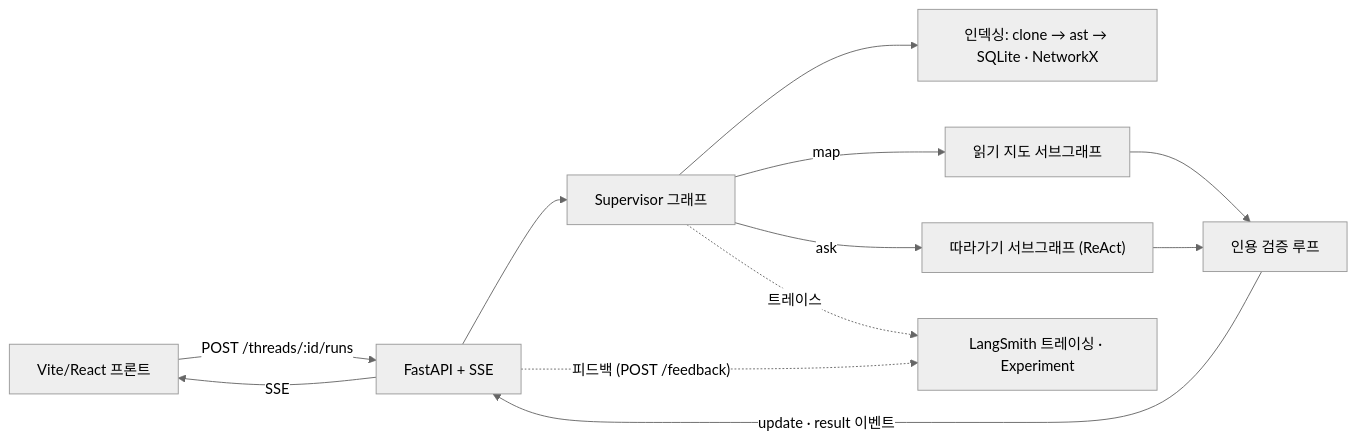
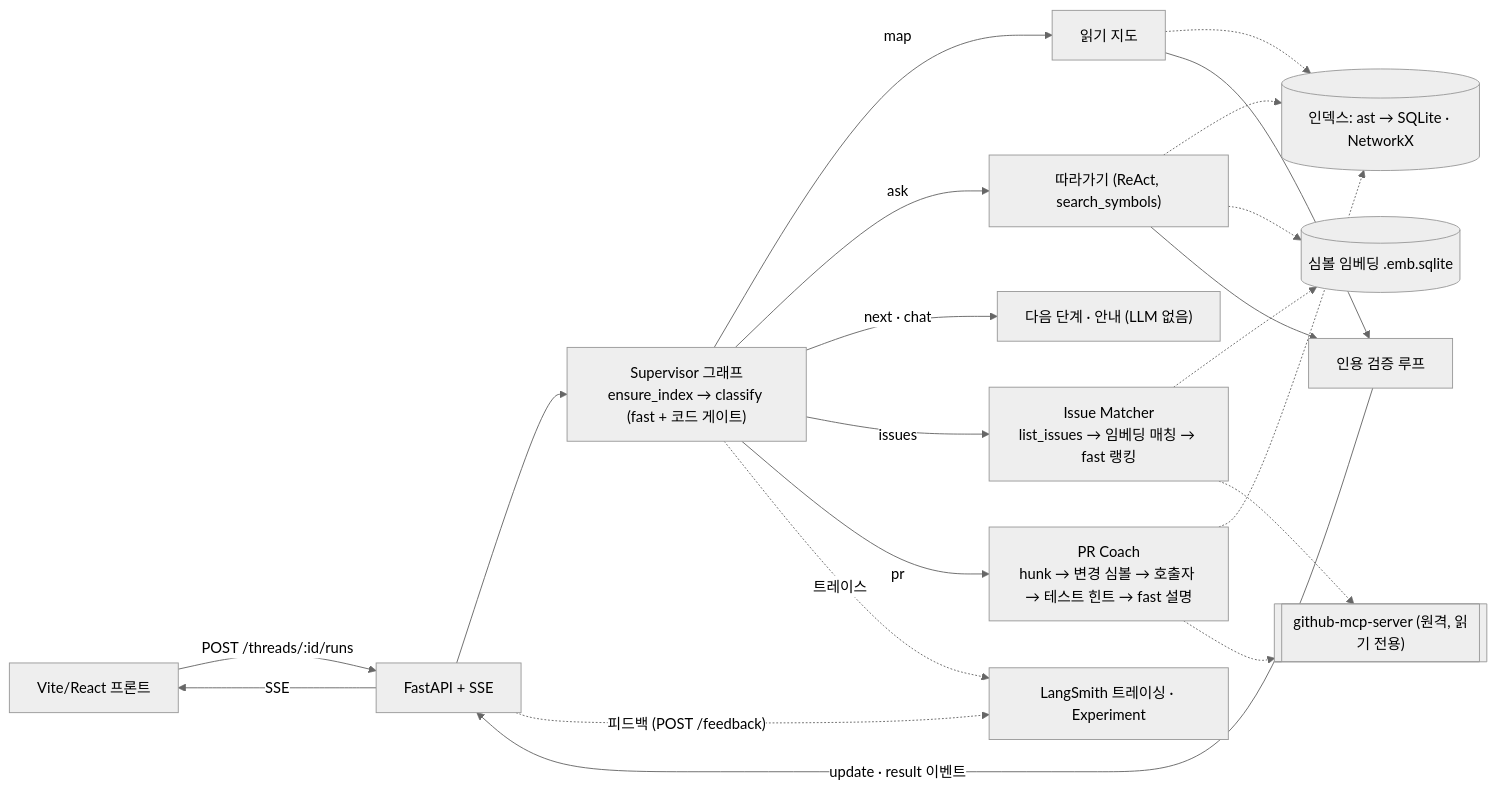
One commit to sonseohy/Repoute changed the diagram in README.md. Above: the diagram before and after it, drawn with Mermaid (neutral theme). The commit also changed other lines of this file and 2 other files, not shown here.

````diff
--- a/README.md
+++ b/README.md
@@ -35,14 +51,26 @@
 ```mermaid
 flowchart LR
   FE["Vite/React 프론트"] -->|"POST /threads/:id/runs"| API["FastAPI + SSE"]
-  API --> SUP["Supervisor 그래프"]
-  SUP --> IDX["인덱싱: clone → ast → SQLite · NetworkX"]
-  SUP -->|map| RG["읽기 지도 서브그래프"]
-  SUP -->|ask| WT["따라가기 서브그래프 (ReAct)"]
+  API --> SUP["Supervisor 그래프<br/>ensure_index → classify (fast + 코드 게이트)"]
+  SUP -->|map| RG["읽기 지도"]
+  SUP -->|ask| WT["따라가기 (ReAct, search_symbols)"]
+  SUP -->|next · chat| NX["다음 단계 · 안내 (LLM 없음)"]
+  SUP -->|issues| IM["Issue Matcher<br/>list_issues → 임베딩 매칭 → fast 랭킹"]
+  SUP -->|pr| PC["PR Coach<br/>hunk → 변경 심볼 → 호출자 → 테스트 힌트 → fast 설명"]
+  IDX[("인덱스: ast → SQLite · NetworkX")]
+  EMB[("심볼 임베딩 .emb.sqlite")]
+  GH[["github-mcp-server (원격, 읽기 전용)"]]
+  RG -.-> IDX
+  WT -.-> IDX
+  WT -.-> EMB
+  IM -.-> EMB
+  IM -.-> GH
+  PC -.-> IDX
+  PC -.-> GH
   RG --> VAL["인용 검증 루프"]
   WT --> VAL
   VAL -->|"update · result 이벤트"| API
   API -->|SSE| FE
   SUP -. 트레이스 .-> LS["LangSmith 트레이싱 · Experiment"]
   API -. "피드백 (POST /feedback)" .-> LS
 ```
````
